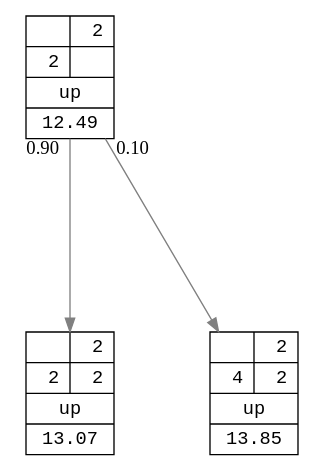
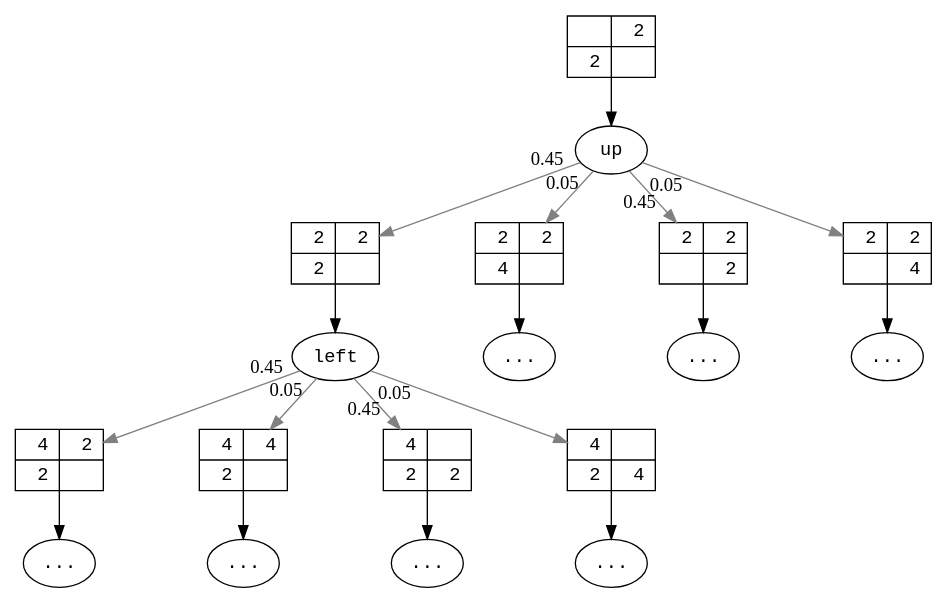
Before and after one commit to jdleesmiller/jdleesmiller.github.io: the diagram in assets/2048/2x2_intro.dot, drawn with Graphviz. The commit also changed 6 other files, not shown here.

Commit message:
Add intro diagrams

```diff
--- a/assets/2048/2x2_intro.dot
+++ b/assets/2048/2x2_intro.dot
@@ -1,11 +1,45 @@
 digraph {
-  splines=spline;
   nodesep=1;
-  ranksep=2;
   node [fontname="Courier"];
-  s0_1_1_0 [shape=record, label="{{&nbsp;&nbsp;|&nbsp;2}|{&nbsp;2|&nbsp;&nbsp;}|{up}|{12.49}}"];
-  s0_1_1_1 [shape=record, label="{{&nbsp;&nbsp;|&nbsp;2}|{&nbsp;2|&nbsp;2}|{up}|{13.07}}"];
-  s0_1_2_1 [shape=record, label="{{&nbsp;&nbsp;|&nbsp;2}|{&nbsp;4|&nbsp;2}|{up}|{13.85}}"];
-  s0_1_1_0 -> s0_1_1_1 [taillabel=" 0.90 ", weight=90, color=grey];
-  s0_1_1_0 -> s0_1_2_1 [taillabel=" 0.10 ", weight=10, color=grey];
+  s0_1_1_0 [shape=record, label="{{&nbsp;&nbsp;|&nbsp;2}|{&nbsp;2|&nbsp;&nbsp;}}"];
+  s1_1_1_0 [shape=record, label="{{&nbsp;2|&nbsp;2}|{&nbsp;2|&nbsp;&nbsp;}}"];
+  s1_1_2_0 [shape=record, label="{{&nbsp;2|&nbsp;2}|{&nbsp;4|&nbsp;&nbsp;}}"];
+  s1_1_0_1 [shape=record, label="{{&nbsp;2|&nbsp;2}|{&nbsp;&nbsp;|&nbsp;2}}"];
+  s1_1_0_2 [shape=record, label="{{&nbsp;2|&nbsp;2}|{&nbsp;&nbsp;|&nbsp;4}}"];
+
+  up [label="up"]
+  s0_1_1_0 -> up
+  up -> s1_1_1_0 [labeldistance=2.5, taillabel=" 0.45 ", color=grey];
+  up -> s1_1_2_0 [labeldistance=2.5, taillabel=" 0.05 ", color=grey];
+  up -> s1_1_0_1 [labeldistance=2.5, taillabel=" 0.45 ", color=grey];
+  up -> s1_1_0_2 [labeldistance=2.5, taillabel=" 0.05 ", color=grey];
+
+  a2 [label="..."]
+  a3 [label="..."]
+  a4 [label="..."]
+
+  s1_1_2_0 -> a2
+  s1_1_0_1 -> a3
+  s1_1_0_2 -> a4
+
+  s2_1_1_0 [shape=record, label="{{&nbsp;4|&nbsp;2}|{&nbsp;2|&nbsp;&nbsp;}}"];
+  s2_1_2_0 [shape=record, label="{{&nbsp;4|&nbsp;4}|{&nbsp;2|&nbsp;&nbsp;}}"];
+  s2_1_0_1 [shape=record, label="{{&nbsp;4|&nbsp;&nbsp;}|{&nbsp;2|&nbsp;2}}"];
+  s2_1_0_2 [shape=record, label="{{&nbsp;4|&nbsp;&nbsp;}|{&nbsp;2|&nbsp;4}}"];
+  left [label="left"]
+  s1_1_1_0 -> left
+  left -> s2_1_1_0 [labeldistance=2.5, taillabel=" 0.45 ", color=grey];
+  left -> s2_1_2_0 [labeldistance=2.5, taillabel=" 0.05 ", color=grey];
+  left -> s2_1_0_1 [labeldistance=2.5, taillabel=" 0.45 ", color=grey];
+  left -> s2_1_0_2 [labeldistance=2.5, taillabel=" 0.05 ", color=grey];
+
+  a5 [label="..."]
+  a6 [label="..."]
+  a7 [label="..."]
+  a8 [label="..."]
+
+  s2_1_1_0 -> a5
+  s2_1_2_0 -> a6
+  s2_1_0_1 -> a7
+  s2_1_0_2 -> a8
 }
```
